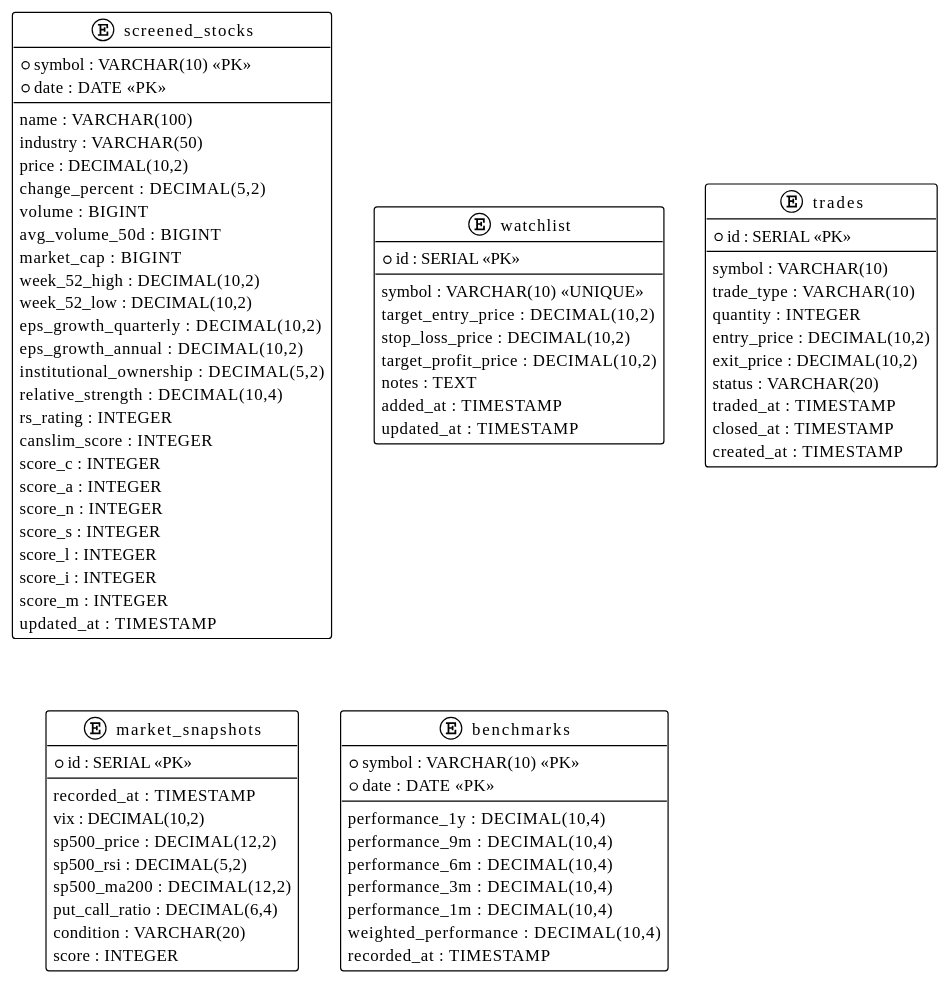
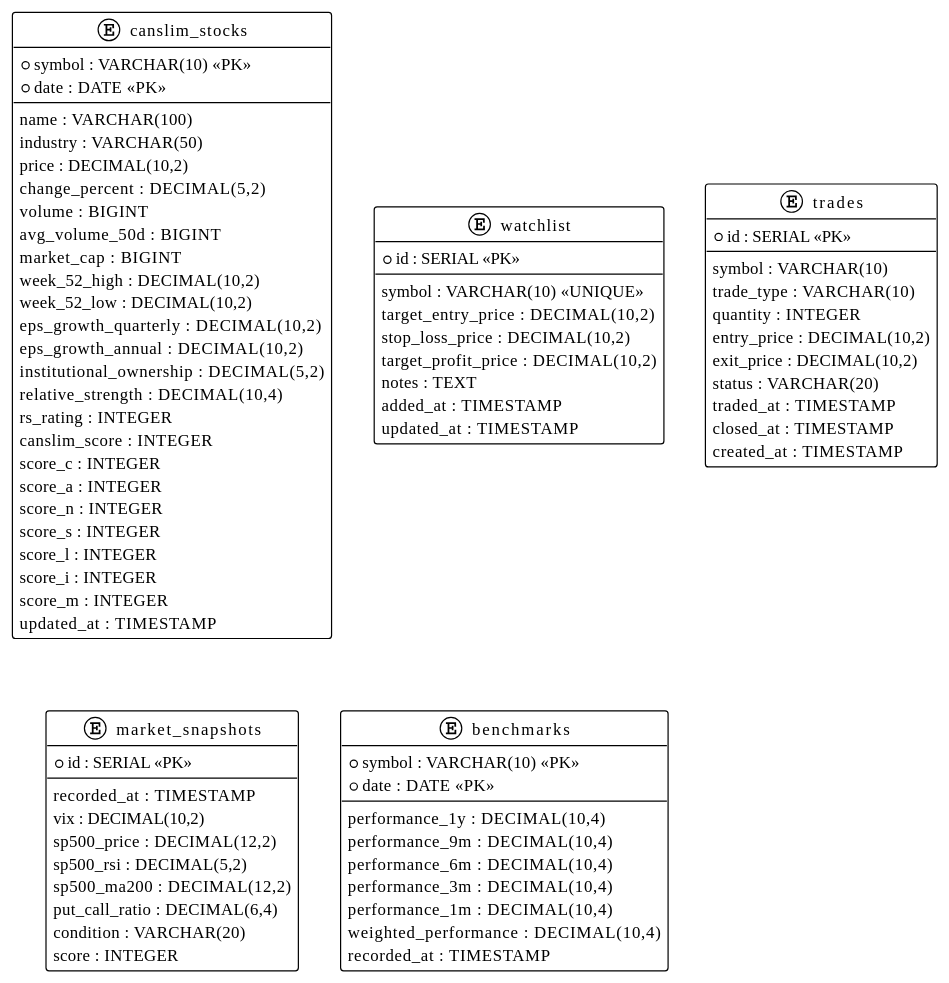
One commit to ryota197/ai-trade-pj changed the diagram in docs/poc/domain/03-database-design.md. Above: the diagram before and after it, drawn with PlantUML. The commit also changed other lines of this file and 1 other file, not shown here.

Commit message:
change table name to canslim_stocks from screened_stocks

```diff
--- a/docs/poc/domain/03-database-design.md
+++ b/docs/poc/domain/03-database-design.md
@@ -25,7 +25,7 @@
 
 skinparam linetype ortho
 
-entity "screened_stocks" as SS {
+entity "canslim_stocks" as CS {
     * symbol : VARCHAR(10) <<PK>>
     * date : DATE <<PK>>
     --
```
